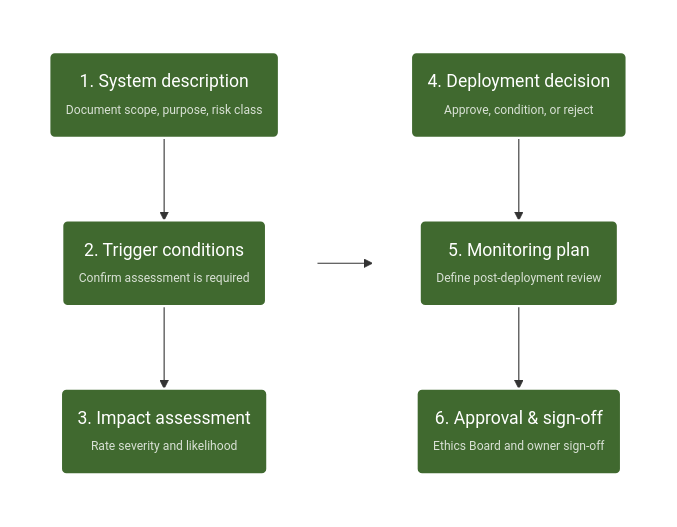
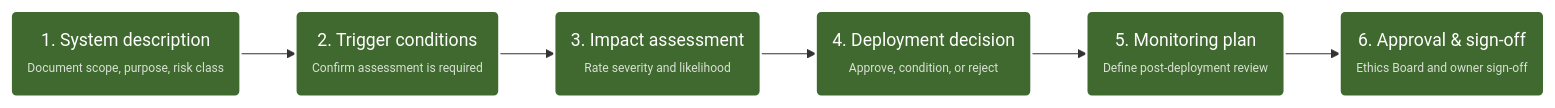
The diagram in aisia-tool/docs/00-aims-policy-template.md (dorota-wasiak/dorota-wasiak.github.io), drawn with Mermaid before and after one commit.

````diff
--- a/aisia-tool/docs/00-aims-policy-template.md
+++ b/aisia-tool/docs/00-aims-policy-template.md
@@ -259,39 +259,21 @@
 ```mermaid
 flowchart LR
-    %% Definicje stylów dla Twoich kolorów (zielony i pomarańczowy)
+    %% Definicje stylów dla kolorów
     classDef greenCard fill:#40692f,stroke:#FFFFFF,stroke-width:2px,color:#fff;
     classDef orangeCard fill:#d37213,stroke:#FFFFFF,stroke-width:2px,color:#fff;
-    
-    %% Ukrycie teł dla podgrup, żeby zachować czysty wygląd
-    style rzad1 fill:none,stroke:none;
-    style rzad2 fill:none,stroke:none;
 
-    %% PIERWSZY RZĄD (Kolumna 1 - kroki 1-3 w pionie)
-    subgraph rzad1 [" "]
-        direction TB
-        A("1. System description<br/><span style='font-size:11px;opacity:0.8;'>Document scope, purpose, risk class</span>")
-        B("2. Trigger conditions<br/><span style='font-size:11px;opacity:0.8;'>Confirm assessment is required</span>")
-        C("3. Impact assessment<br/><span style='font-size:11px;opacity:0.8;'>Rate severity and likelihood</span>")
-        
-        A --> B
-        B --> C
-    end
-    
-    %% DRUGI RZĄD (Kolumna 2 - kroki 4-6 w pionie)
-    subgraph rzad2 [" "]
-        direction TB
-        D("4. Deployment decision<br/><span style='font-size:11px;opacity:0.8;'>Approve, condition, or reject</span>")
-        E("5. Monitoring plan<br/><span style='font-size:11px;opacity:0.8;'>Define post-deployment review</span>")
-        F("6. Approval & sign-off<br/><span style='font-size:11px;opacity:0.8;'>Ethics Board and owner sign-off</span>")
-        
-        D --> E
-        E --> F
-    end
-    
-    %% Połączenie między rzędami (z kroku 3 do kroku 4)
-    C --> D
+    %% Definicje kafelków w jednej linii z opisami
+    A("1. System description<br/><span style='font-size:11px;opacity:0.8;'>Document scope, purpose, risk class</span>")
+    B("2. Trigger conditions<br/><span style='font-size:11px;opacity:0.8;'>Confirm assessment is required</span>")
+    C("3. Impact assessment<br/><span style='font-size:11px;opacity:0.8;'>Rate severity and likelihood</span>")
+    D("4. Deployment decision<br/><span style='font-size:11px;opacity:0.8;'>Approve, condition, or reject</span>")
+    E("5. Monitoring plan<br/><span style='font-size:11px;opacity:0.8;'>Define post-deployment review</span>")
+    F("6. Approval & sign-off<br/><span style='font-size:11px;opacity:0.8;'>Ethics Board and owner sign-off</span>")
 
-    %% Przypisanie kolorów do odpowiednich kafelków
+    %% Połączenia w jednym ciągu
+    A --> B --> C --> D --> E --> F
+
+    %% Przypisanie stylów kolorystycznych
     class A,B,C,E,F greenCard;
     class D greenCard;
 ```
````
